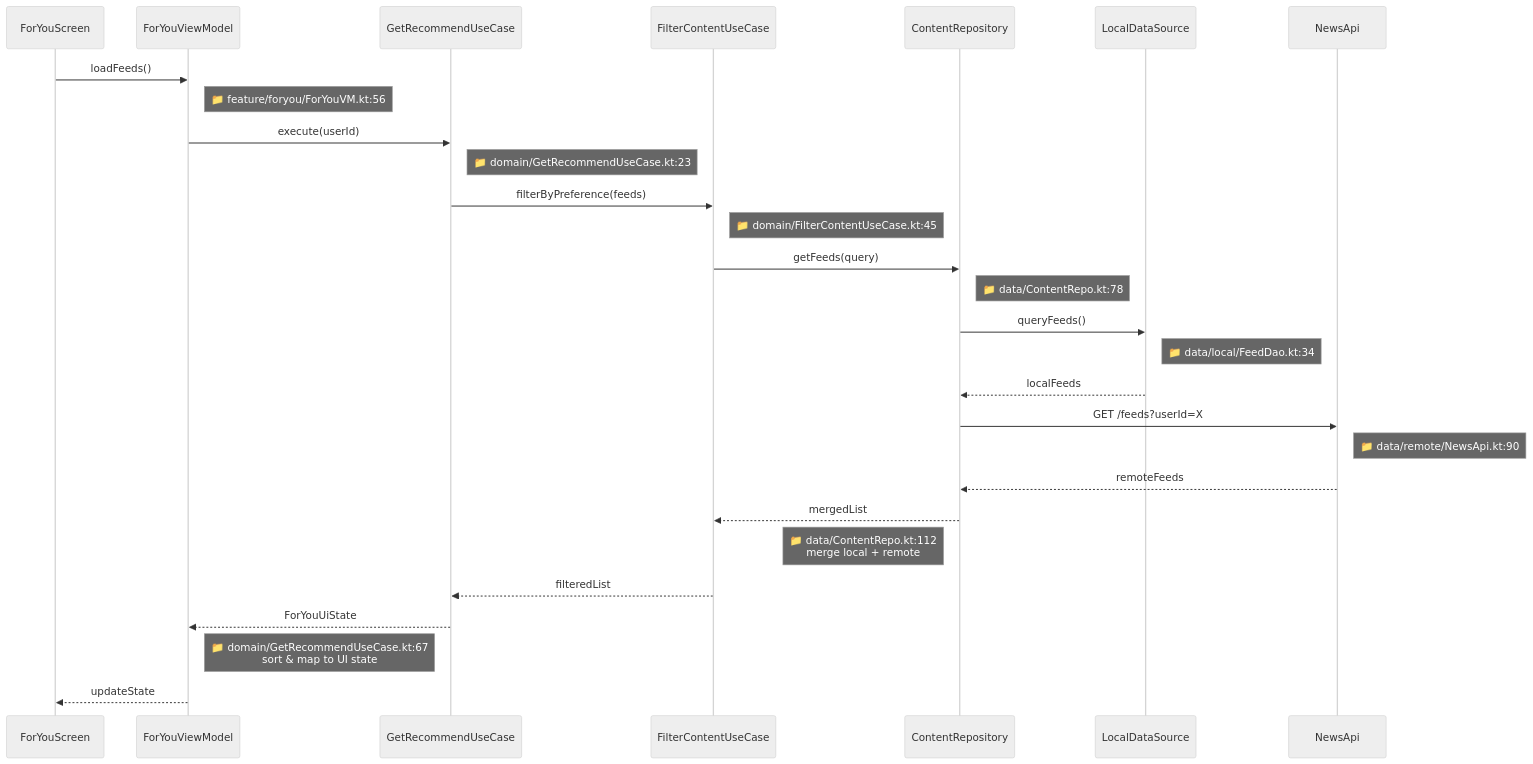
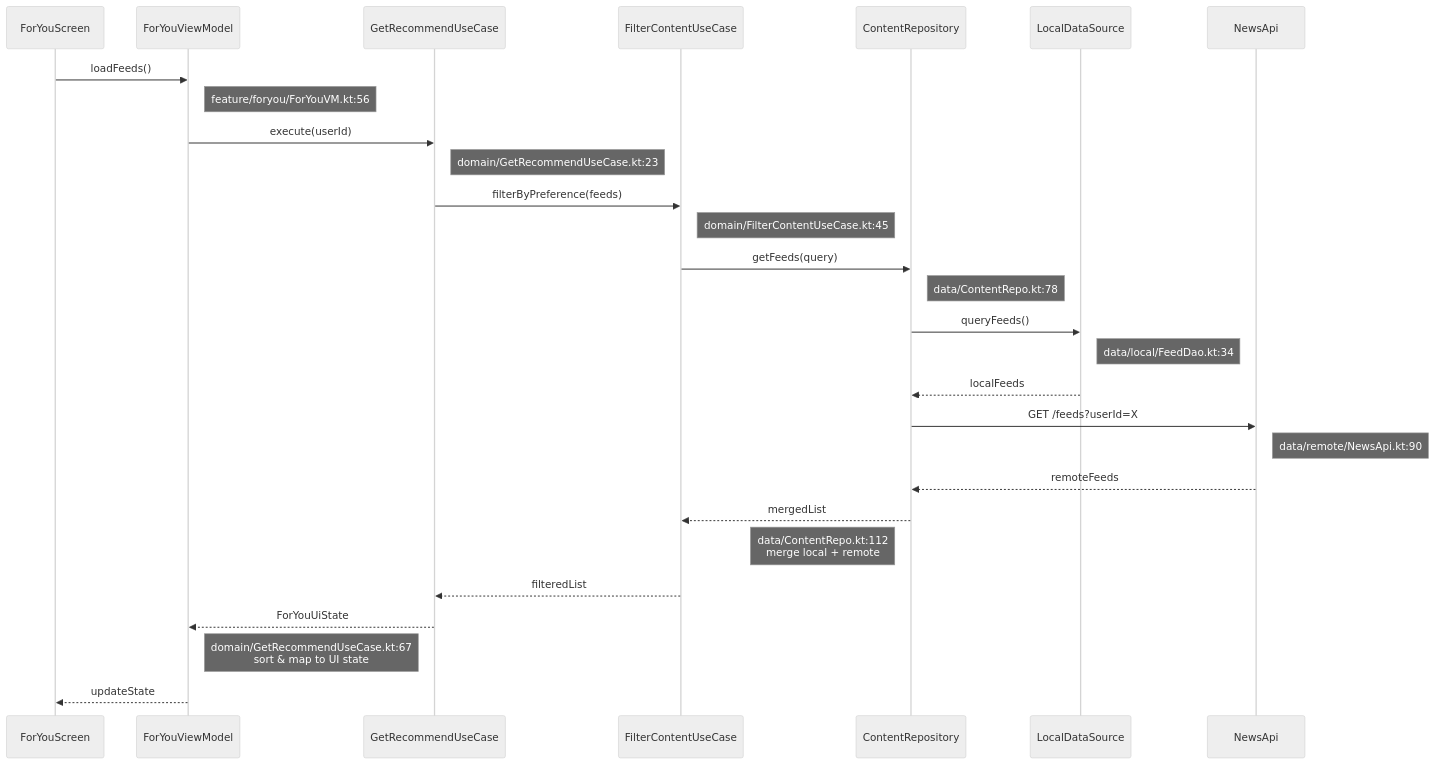
The fourth of 7 diagrams in references/android-template.md (CaostGrace/project-arch-reverse), drawn with Mermaid (neutral theme) before and after one commit. The commit also changed other lines of this file and 10 other files, not shown here.

Commit message:
fix: 修复 12.1 流程图 Mermaid 渲染问题 - 结构重组+节点引号+形状修复

````diff
--- a/references/android-template.md
+++ b/references/android-template.md
@@ -262,31 +287,31 @@
 ```mermaid
 sequenceDiagram
     participant UI as ForYouScreen
     participant VM as ForYouViewModel
     participant UC_Get as GetRecommendUseCase
     participant UC_Filter as FilterContentUseCase
     participant Repo as ContentRepository
     participant Local as LocalDataSource
     participant Remote as NewsApi
 
     UI->>VM: loadFeeds()
-    Note right of VM: 📁 feature/foryou/ForYouVM.kt:56
+    Note right of VM:  feature/foryou/ForYouVM.kt:56
     VM->>UC_Get: execute(userId)
-    Note right of UC_Get: 📁 domain/GetRecommendUseCase.kt:23
+    Note right of UC_Get:  domain/GetRecommendUseCase.kt:23
     UC_Get->>UC_Filter: filterByPreference(feeds)
-    Note right of UC_Filter: 📁 domain/FilterContentUseCase.kt:45
+    Note right of UC_Filter:  domain/FilterContentUseCase.kt:45
     UC_Filter->>Repo: getFeeds(query)
-    Note right of Repo: 📁 data/ContentRepo.kt:78
+    Note right of Repo:  data/ContentRepo.kt:78
     Repo->>Local: queryFeeds()
-    Note right of Local: 📁 data/local/FeedDao.kt:34
+    Note right of Local:  data/local/FeedDao.kt:34
     Local-->>Repo: localFeeds
     Repo->>Remote: GET /feeds?userId=X
-    Note right of Remote: 📁 data/remote/NewsApi.kt:90
+    Note right of Remote:  data/remote/NewsApi.kt:90
     Remote-->>Repo: remoteFeeds
     Repo-->>UC_Filter: mergedList
-    Note left of Repo: 📁 data/ContentRepo.kt:112<br/>merge local + remote
+    Note left of Repo:  data/ContentRepo.kt:112<br>merge local + remote
     UC_Filter-->>UC_Get: filteredList
     UC_Get-->>VM: ForYouUiState
-    Note left of UC_Get: 📁 domain/GetRecommendUseCase.kt:67<br/>sort & map to UI state
+    Note left of UC_Get:  domain/GetRecommendUseCase.kt:67<br>sort & map to UI state
     VM-->>UI: updateState
 ```
````
